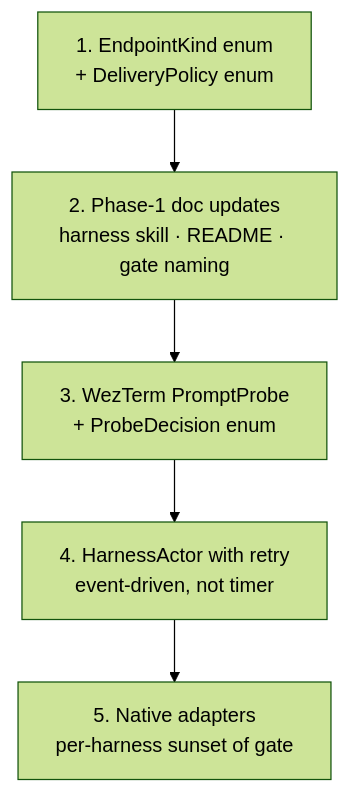
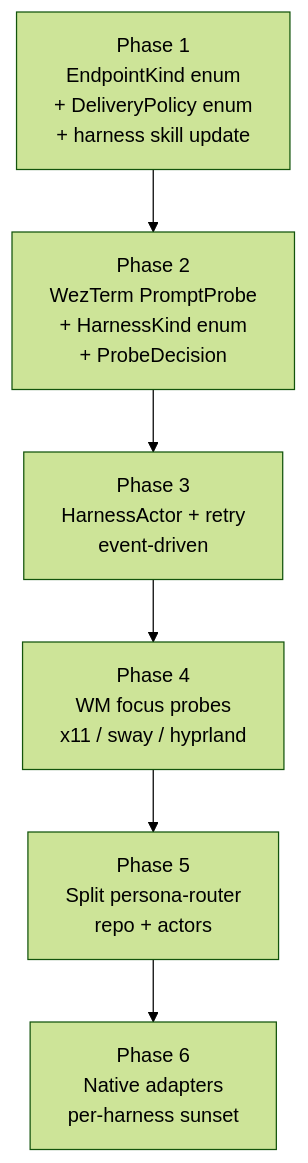
One commit to LiGoldragon/primary changed the diagram in reports/designer/2026-05-07-persona-message-state-and-gate-audit.md. Above: the diagram before and after it, drawn with Mermaid (forest theme). The commit also changed other lines of this file, not shown here.

Commit message:
designer report: re-audit gate design after operator update

````diff
--- a/reports/designer/2026-05-07-persona-message-state-and-gate-audit.md
+++ b/reports/designer/2026-05-07-persona-message-state-and-gate-audit.md
@@ -471,10 +276,11 @@
 ```mermaid
 flowchart TB
-    a1[1. EndpointKind enum<br/>+ DeliveryPolicy enum]
-    a2[2. Phase-1 doc updates<br/>harness skill · README · gate naming]
-    a3[3. WezTerm PromptProbe<br/>+ ProbeDecision enum]
-    a4[4. HarnessActor with retry<br/>event-driven, not timer]
-    a5[5. Native adapters<br/>per-harness sunset of gate]
+    a1[Phase 1<br/>EndpointKind enum<br/>+ DeliveryPolicy enum<br/>+ harness skill update]
+    a2[Phase 2<br/>WezTerm PromptProbe<br/>+ HarnessKind enum<br/>+ ProbeDecision]
+    a3[Phase 3<br/>HarnessActor + retry<br/>event-driven]
+    a4[Phase 4<br/>WM focus probes<br/>x11 / sway / hyprland]
+    a5[Phase 5<br/>Split persona-router<br/>repo + actors]
+    a6[Phase 6<br/>Native adapters<br/>per-harness sunset]
 
-    a1 --> a2 --> a3 --> a4 --> a5
+    a1 --> a2 --> a3 --> a4 --> a5 --> a6
 ```
````
